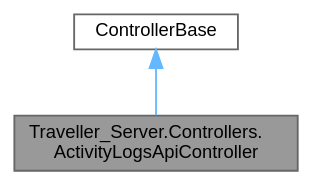
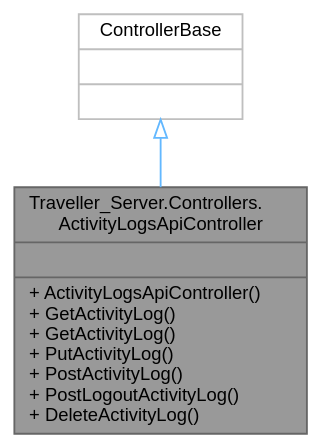
Before and after one commit to VenelinArgirov/manual-tecnico.github.io: the diagram in Servidor/class_traveller___server_1_1_controllers_1_1_activity_logs_api_controller__inherit__graph.dot, drawn with Graphviz. The commit also changed 813 other files, not shown here.

```diff
--- a/Servidor/class_traveller___server_1_1_controllers_1_1_activity_logs_api_controller__inherit__graph.dot
+++ b/Servidor/class_traveller___server_1_1_controllers_1_1_activity_logs_api_controller__inherit__graph.dot
@@ -1,10 +1,10 @@
 digraph "Traveller_Server.Controllers.ActivityLogsApiController"
 {
  // LATEX_PDF_SIZE
   bgcolor="transparent";
   edge [fontname=Helvetica,fontsize=10,labelfontname=Helvetica,labelfontsize=10];
   node [fontname=Helvetica,fontsize=10,shape=box,height=0.2,width=0.4];
-  Node1 [label="Traveller_Server.Controllers.\lActivityLogsApiController",height=0.2,width=0.4,color="gray40", fillcolor="grey60", style="filled", fontcolor="black",tooltip=" "];
-  Node2 -> Node1 [dir="back",color="steelblue1",style="solid"];
-  Node2 [label="ControllerBase",height=0.2,width=0.4,color="gray40", fillcolor="white", style="filled",tooltip=" "];
+  Node1 [shape=record,label="{Traveller_Server.Controllers.\lActivityLogsApiController\n||+ ActivityLogsApiController()\l+ GetActivityLog()\l+ GetActivityLog()\l+ PutActivityLog()\l+ PostActivityLog()\l+ PostLogoutActivityLog()\l+ DeleteActivityLog()\l}",height=0.2,width=0.4,color="gray40", fillcolor="grey60", style="filled", fontcolor="black",tooltip=" "];
+  Node2 -> Node1 [dir="back",color="steelblue1",style="solid",arrowtail="onormal"];
+  Node2 [shape=record,label="{ControllerBase\n||}",height=0.2,width=0.4,color="grey75", fillcolor="white", style="filled",tooltip=" "];
 }
```
